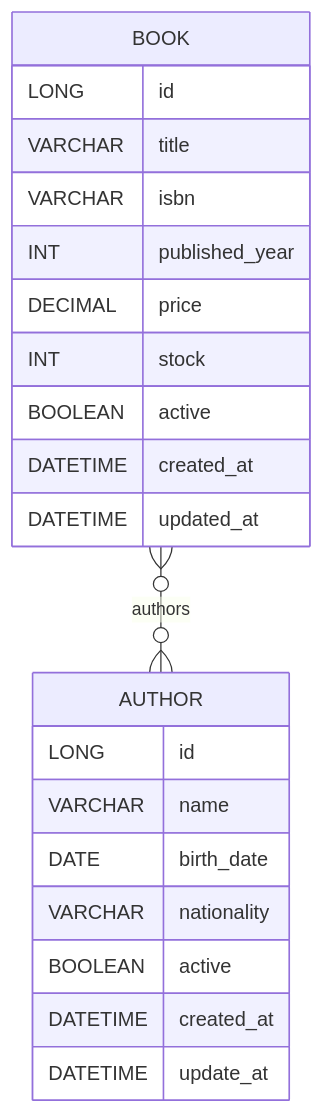
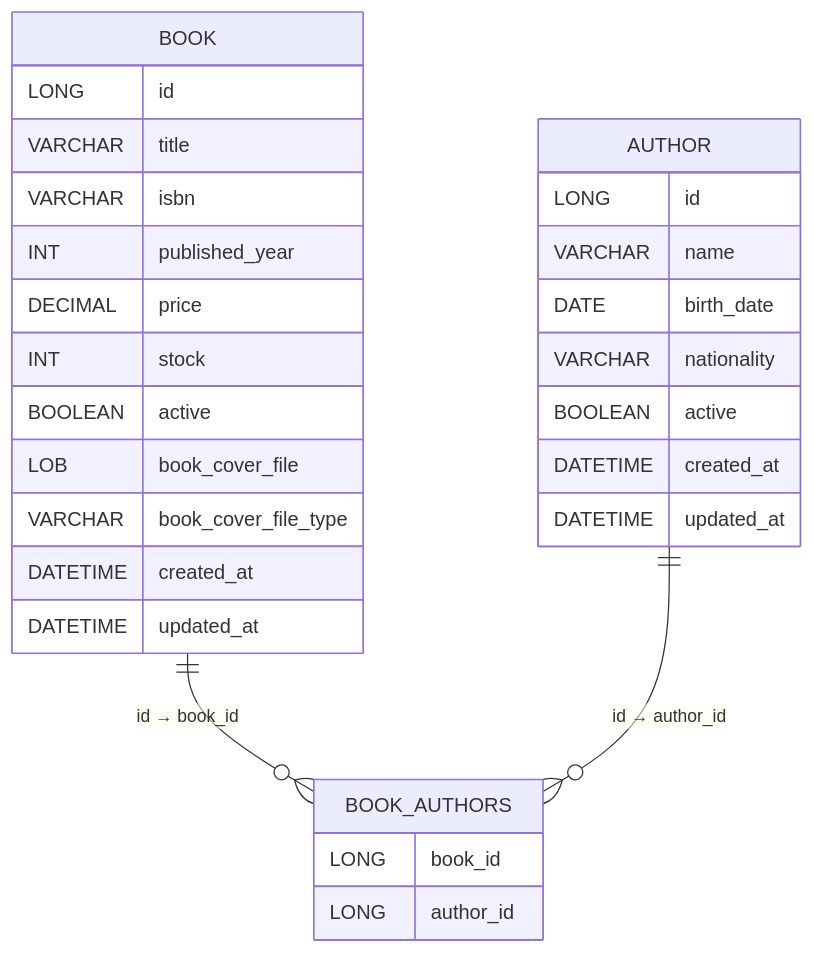
The diagram in README.md (Pedrones00/bookstore-api), drawn with Mermaid before and after one commit. The commit also changed other lines of this file, not shown here.

Commit message:
docs(readme): update ER Diagram and endpoints

````diff
--- a/README.md
+++ b/README.md
@@ -31,27 +31,34 @@
 ```mermaid
 erDiagram
   BOOK {
     LONG id
     VARCHAR title
     VARCHAR isbn
     INT published_year
     DECIMAL price
     INT stock
     BOOLEAN active
+    LOB book_cover_file
+    VARCHAR book_cover_file_type
     DATETIME created_at
     DATETIME updated_at
   }
 
   AUTHOR {
     LONG id
     VARCHAR name
     DATE birth_date
     VARCHAR nationality
     BOOLEAN active
     DATETIME created_at
-    DATETIME update_at
+    DATETIME updated_at
   }
 
-  BOOK }o--o{ AUTHOR : "authors"
-  %% Join table (JPA @ManyToMany): book_authors(book_id, author_id)
+  BOOK_AUTHORS {
+    LONG book_id
+    LONG author_id
+  }
+
+  BOOK ||--o{ BOOK_AUTHORS : "id → book_id"
+  AUTHOR ||--o{ BOOK_AUTHORS : "id → author_id"
 ```
````
